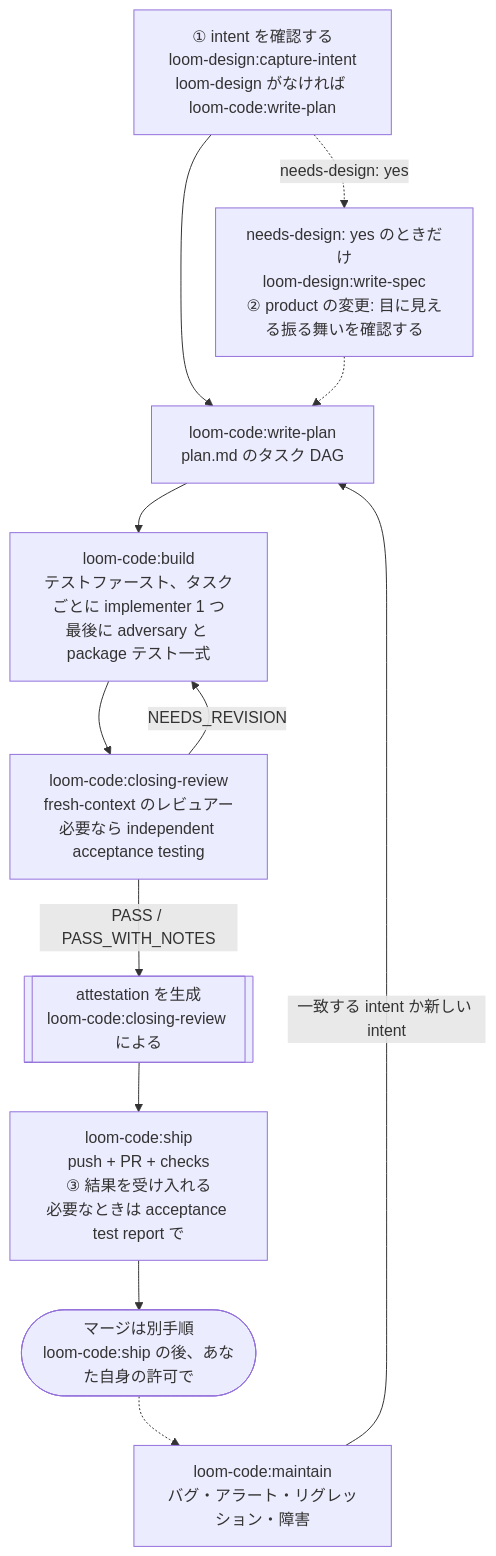
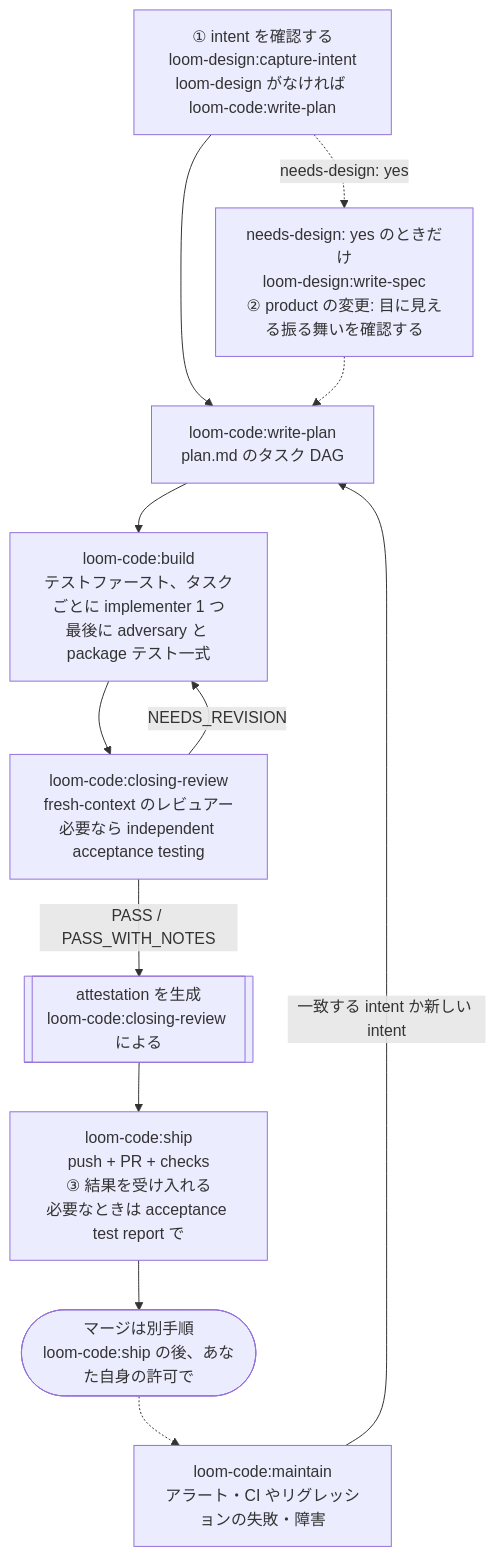
One commit to kouko/loom-plugins changed the diagram in loom-code/README.ja.md. Above: the diagram before and after it, drawn with Mermaid. The commit also changed other lines of this file and 46 other files, not shown here.

````diff
--- a/loom-code/README.ja.md
+++ b/loom-code/README.ja.md
@@ -19,24 +19,24 @@
 ```mermaid
 flowchart TD
     intent["① intent を確認する<br/>loom-design:capture-intent<br/>loom-design がなければ loom-code:write-plan"]
     spec["needs-design: yes のときだけ<br/>loom-design:write-spec<br/>② product の変更: 目に見える振る舞いを確認する"]
     plan["loom-code:write-plan<br/>plan.md のタスク DAG"]
     build["loom-code:build<br/>テストファースト、タスクごとに implementer 1 つ<br/>最後に adversary と package テスト一式"]
     review["loom-code:closing-review<br/>fresh-context のレビュアー<br/>必要なら independent acceptance testing"]
     attest[["attestation を生成<br/>loom-code:closing-review による"]]
     ship["loom-code:ship<br/>push + PR + checks<br/>③ 結果を受け入れる<br/>必要なときは acceptance test report で"]
     merged(["マージは別手順<br/>loom-code:ship の後、あなた自身の許可で"])
-    maintain["loom-code:maintain<br/>バグ・アラート・リグレッション・障害"]
+    maintain["loom-code:maintain<br/>アラート・CI やリグレッションの失敗・障害"]
 
     intent --> plan
     intent -.->|"needs-design: yes"| spec
     spec -.-> plan
     plan --> build
     build --> review
     review -->|"NEEDS_REVISION"| build
     review -->|"PASS / PASS_WITH_NOTES"| attest
     attest --> ship
     ship --> merged
     merged -.-> maintain
     maintain -->|"一致する intent か新しい intent"| plan
 ```
````
